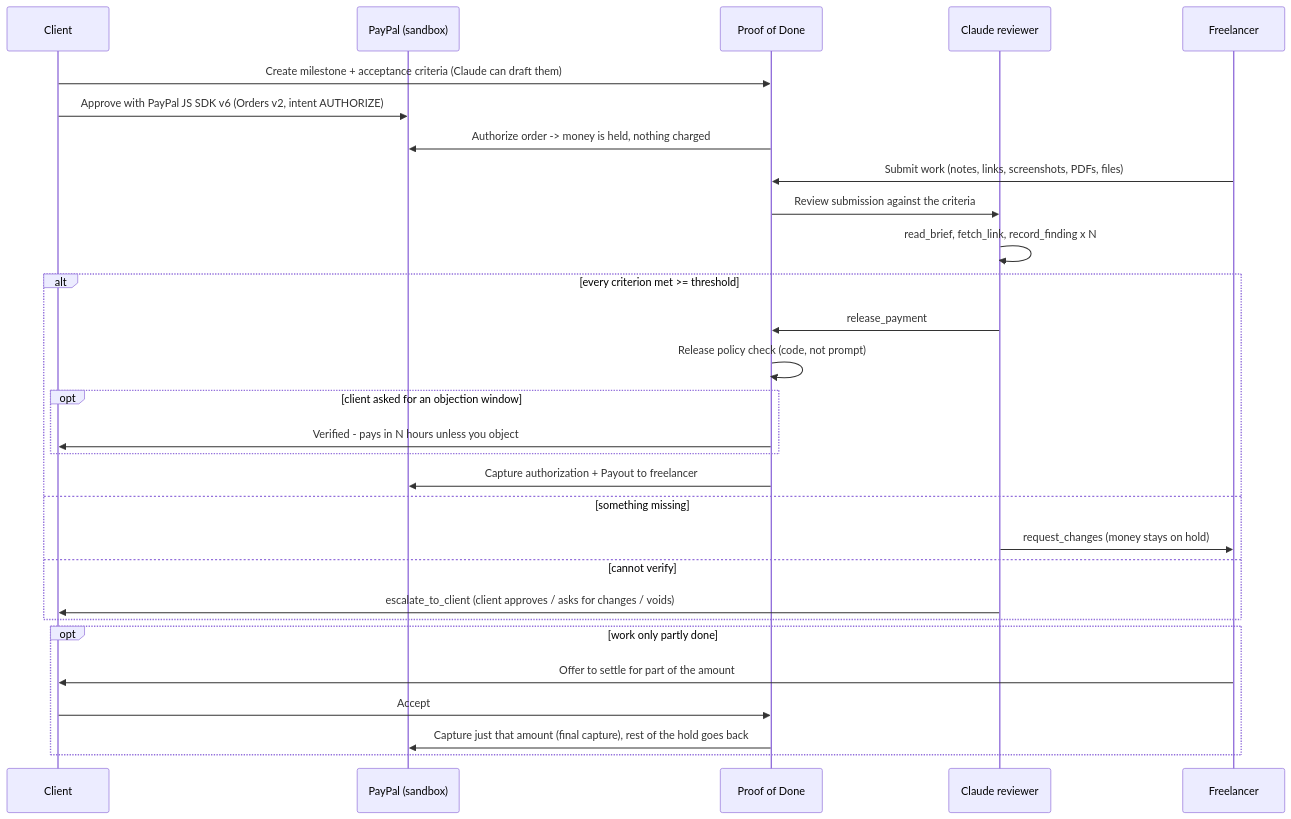
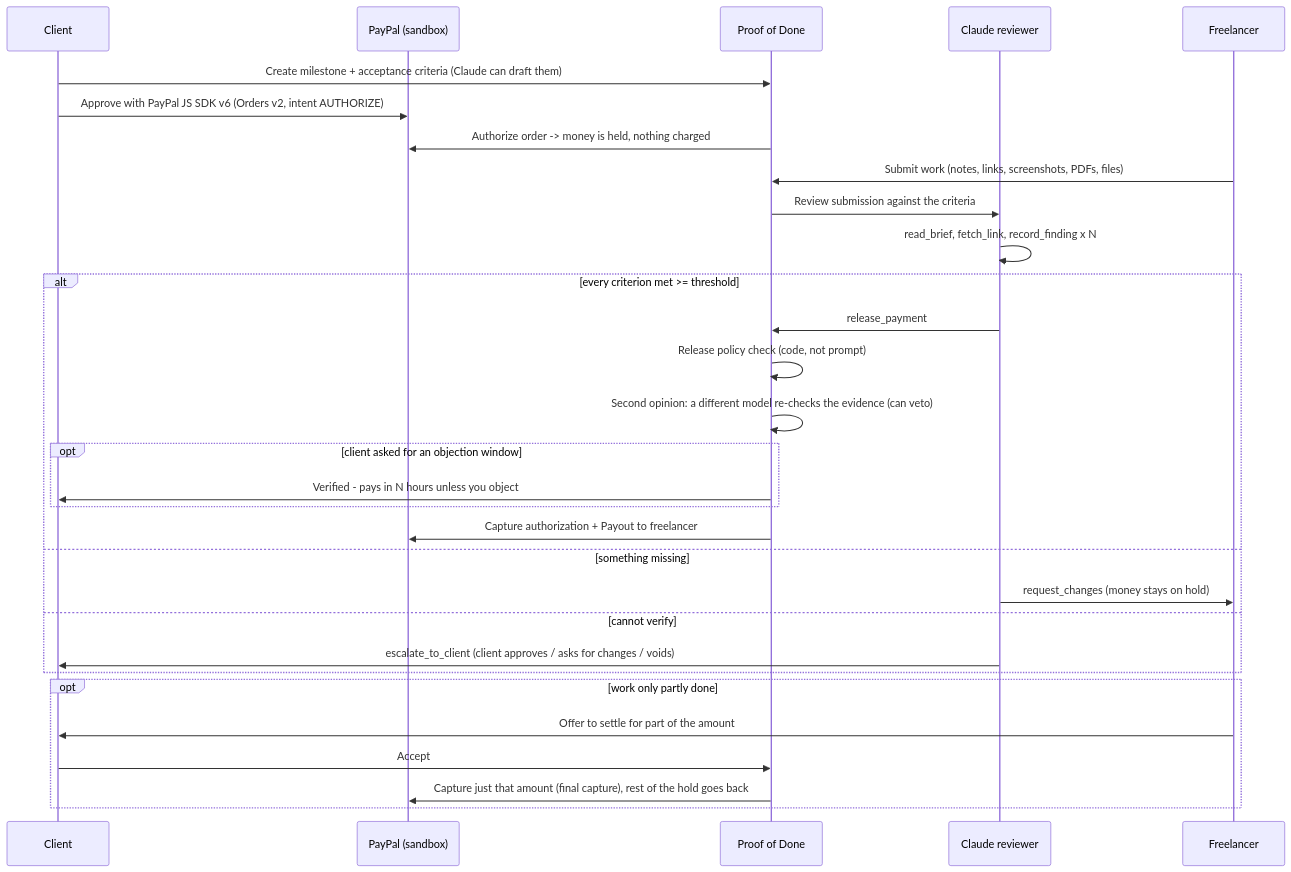
One commit to Zheny766/proof-of-done changed the diagram in README.md. Above: the diagram before and after it, drawn with Mermaid. The commit also changed other lines of this file and 3 other files, not shown here.

Commit message:
Eval results (Opus 7/7, Haiku 15/16, no false releases) and the second opinion in README and Devpost text

````diff
--- a/README.md
+++ b/README.md
@@ -21,31 +21,32 @@
 ```mermaid
 sequenceDiagram
     participant C as Client
     participant P as PayPal (sandbox)
     participant A as Proof of Done
     participant R as Claude reviewer
     participant F as Freelancer
     C->>A: Create milestone + acceptance criteria (Claude can draft them)
     C->>P: Approve with PayPal JS SDK v6 (Orders v2, intent AUTHORIZE)
     A->>P: Authorize order -> money is held, nothing charged
     F->>A: Submit work (notes, links, screenshots, PDFs, files)
     A->>R: Review submission against the criteria
     R->>R: read_brief, fetch_link, record_finding x N
     alt every criterion met >= threshold
         R->>A: release_payment
         A->>A: Release policy check (code, not prompt)
+        A->>A: Second opinion: a different model re-checks the evidence (can veto)
         opt client asked for an objection window
             A->>C: Verified - pays in N hours unless you object
         end
         A->>P: Capture authorization + Payout to freelancer
     else something missing
         R->>F: request_changes (money stays on hold)
     else cannot verify
         R->>C: escalate_to_client (client approves / asks for changes / voids)
     end
     opt work only partly done
         F->>C: Offer to settle for part of the amount
         C->>A: Accept
         A->>P: Capture just that amount (final capture), rest of the hold goes back
     end
 ```
````
